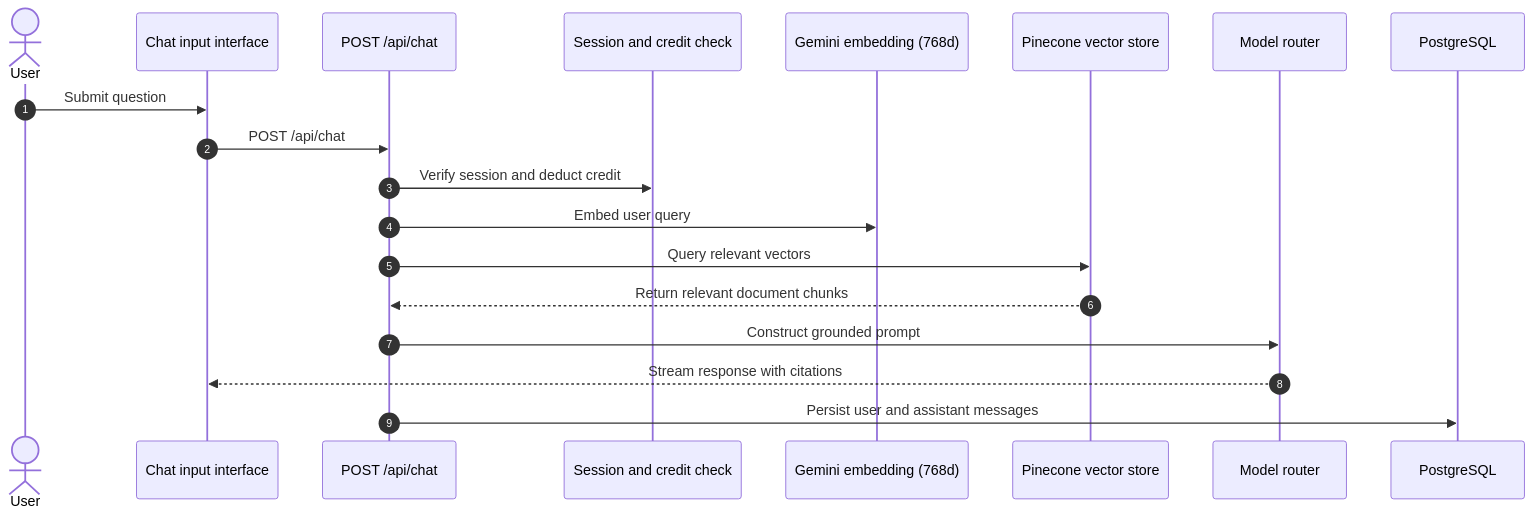
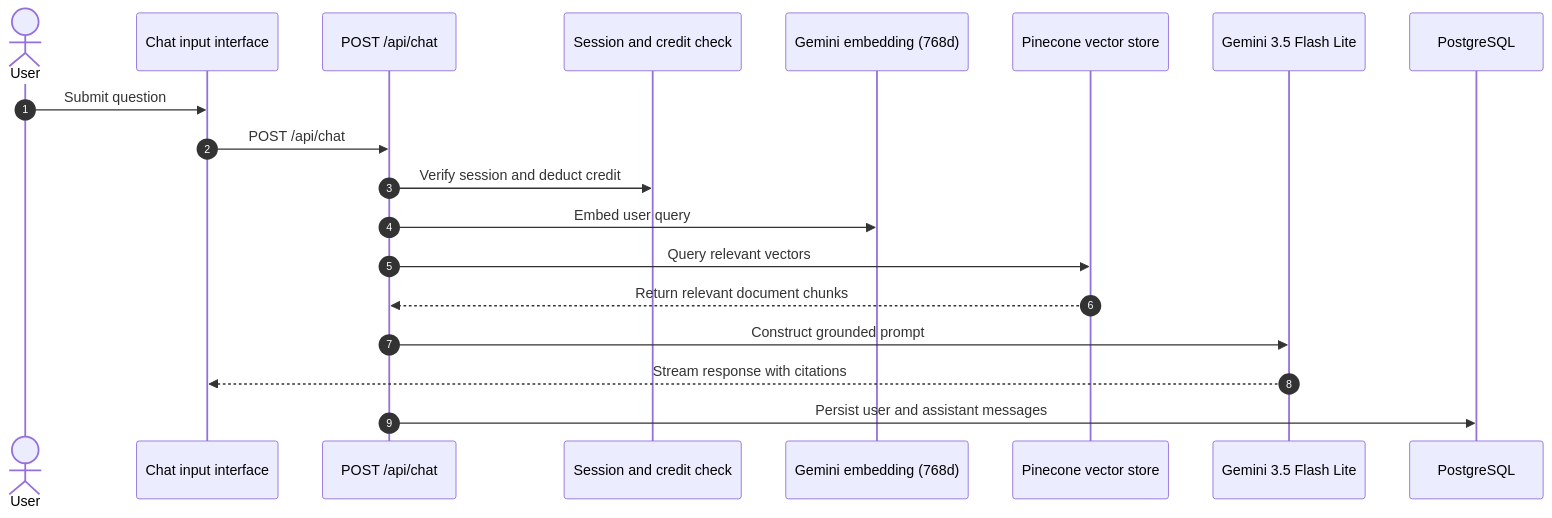
Before and after one commit to shakibzcv/infera-notebook: the sixth of 6 diagrams in ARCHITECTURE.md, drawn with Mermaid. The commit also changed other lines of this file and 14 other files, not shown here.

Commit message:
refactor: streamline AI model architecture; remove dynamic routing and fallback chains; update model references and constants

````diff
--- a/ARCHITECTURE.md
+++ b/ARCHITECTURE.md
@@ -291,22 +286,22 @@
 ```mermaid
 sequenceDiagram
     autonumber
     actor User
     participant ChatUI as Chat input interface
     participant Route as POST /api/chat
     participant Auth as Session and credit check
     participant Embed as Gemini embedding (768d)
     participant Pinecone as Pinecone vector store
-    participant Router as Model router
+    participant LLM as Gemini 3.5 Flash Lite
     participant DB as PostgreSQL
 
     User->>ChatUI: Submit question
     ChatUI->>Route: POST /api/chat
     Route->>Auth: Verify session and deduct credit
     Route->>Embed: Embed user query
     Route->>Pinecone: Query relevant vectors
     Pinecone-->>Route: Return relevant document chunks
-    Route->>Router: Construct grounded prompt
-    Router-->>ChatUI: Stream response with citations
+    Route->>LLM: Construct grounded prompt
+    LLM-->>ChatUI: Stream response with citations
     Route->>DB: Persist user and assistant messages
 ```
````
